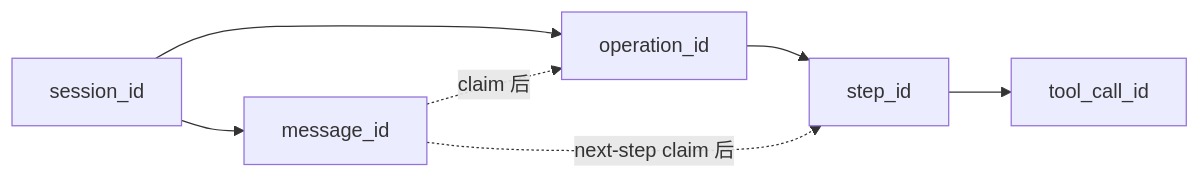
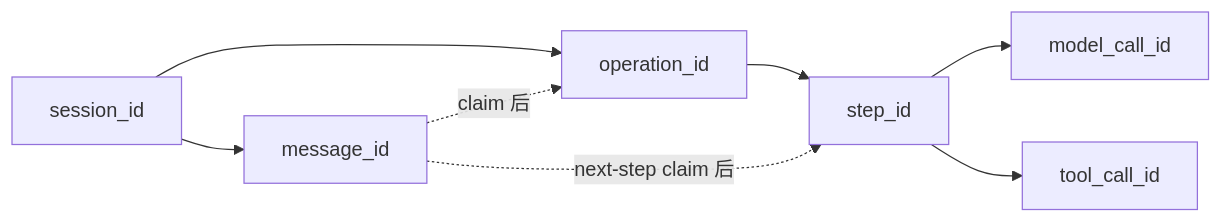
Before and after one commit to xiesunsun/MyOpenClaw: diagram 43 of 56 in docs/upgrade/2026-08-24-runtime-entity-decisions.md, drawn with Mermaid. The commit also changed other lines of this file and 5 other files, not shown here.

Commit message:
docs: 定稿 ModelCall 可靠数据底座合同

````diff
--- a/docs/upgrade/2026-08-24-runtime-entity-decisions.md
+++ b/docs/upgrade/2026-08-24-runtime-entity-decisions.md
@@ -3004,9 +3041,10 @@
 ```mermaid
 flowchart LR
     S[session_id] --> O[operation_id]
     O --> ST[step_id]
+    ST --> MC[model_call_id]
     ST --> T[tool_call_id]
     S --> M[message_id]
     M -.claim 后.-> O
     M -.next-step claim 后.-> ST
 ```
````
